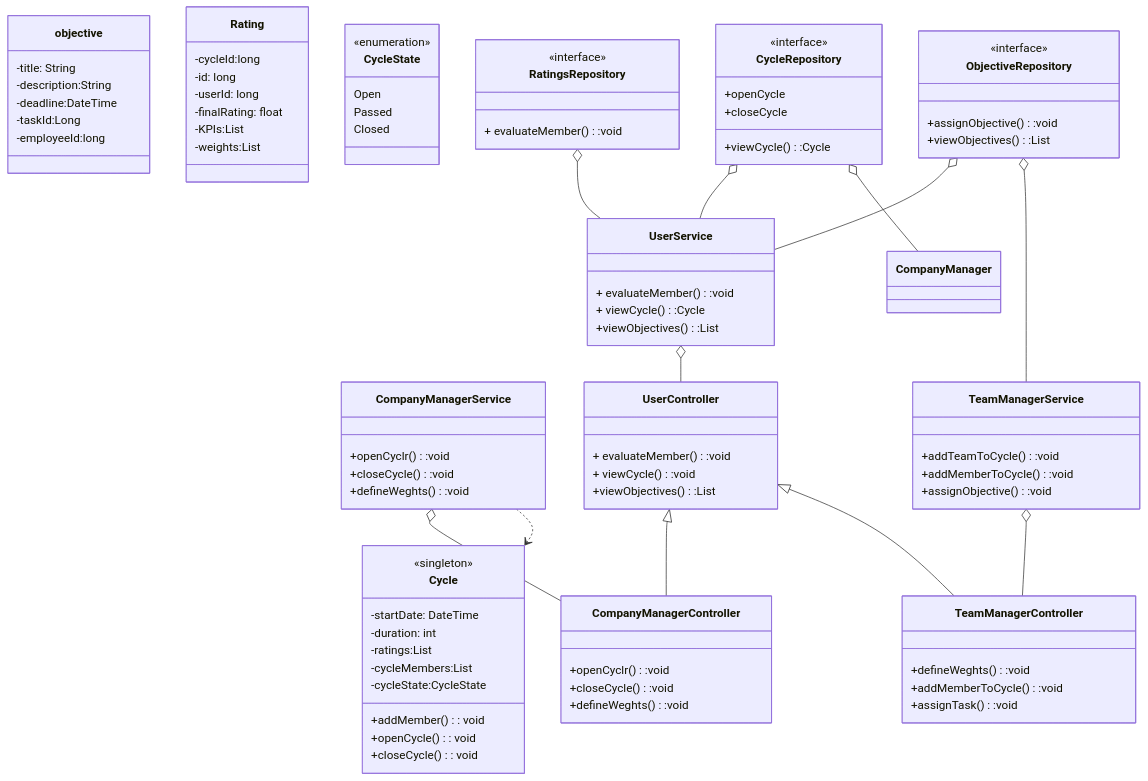
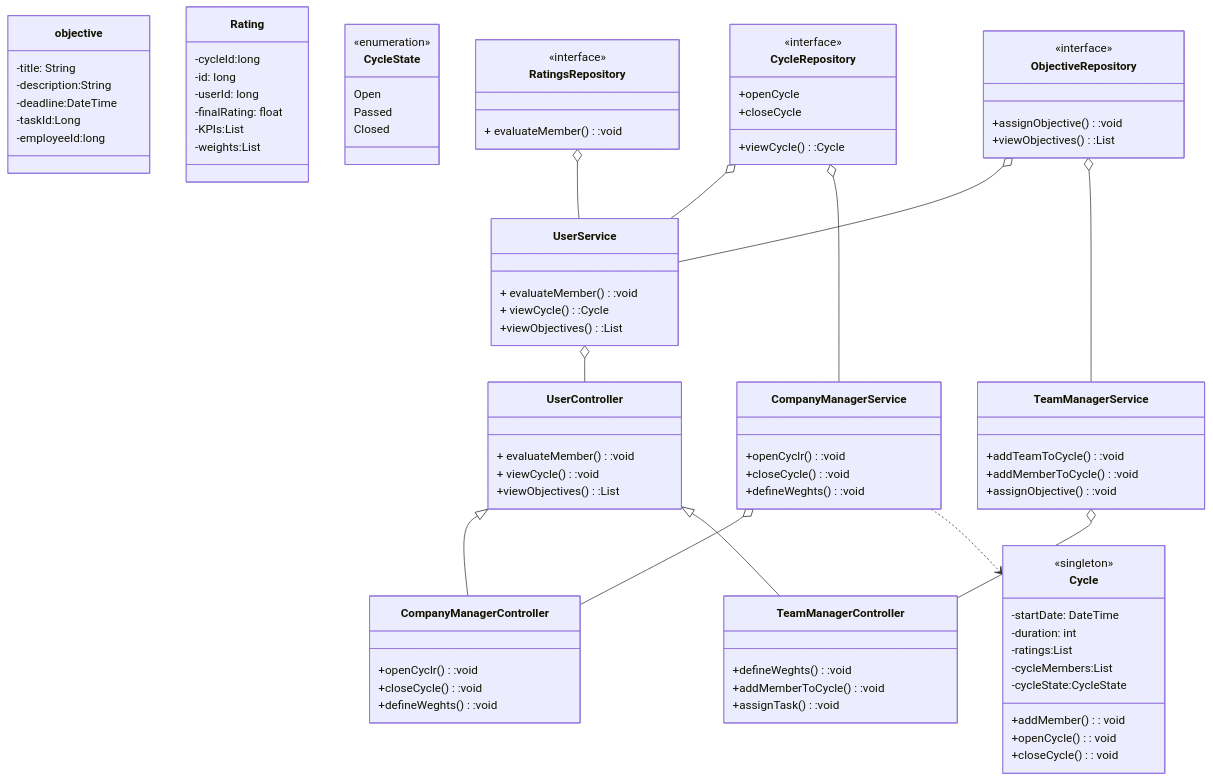
The fifth of 7 diagrams in profile/README.md (wrak-fra5-belbasalla7mar/.github), drawn with Mermaid before and after one commit.

```diff
--- a/profile/README.md
+++ b/profile/README.md
@@ -277,7 +277,7 @@
 RatingsRepository o-- UserService
 ObjectiveRepository o-- UserService
 ObjectiveRepository o-- TeamManagerService
-CycleRepository o-- CompanyManager
+CycleRepository o-- CompanyManagerService
 CompanyManagerService ..>Cycle
 
 
```
